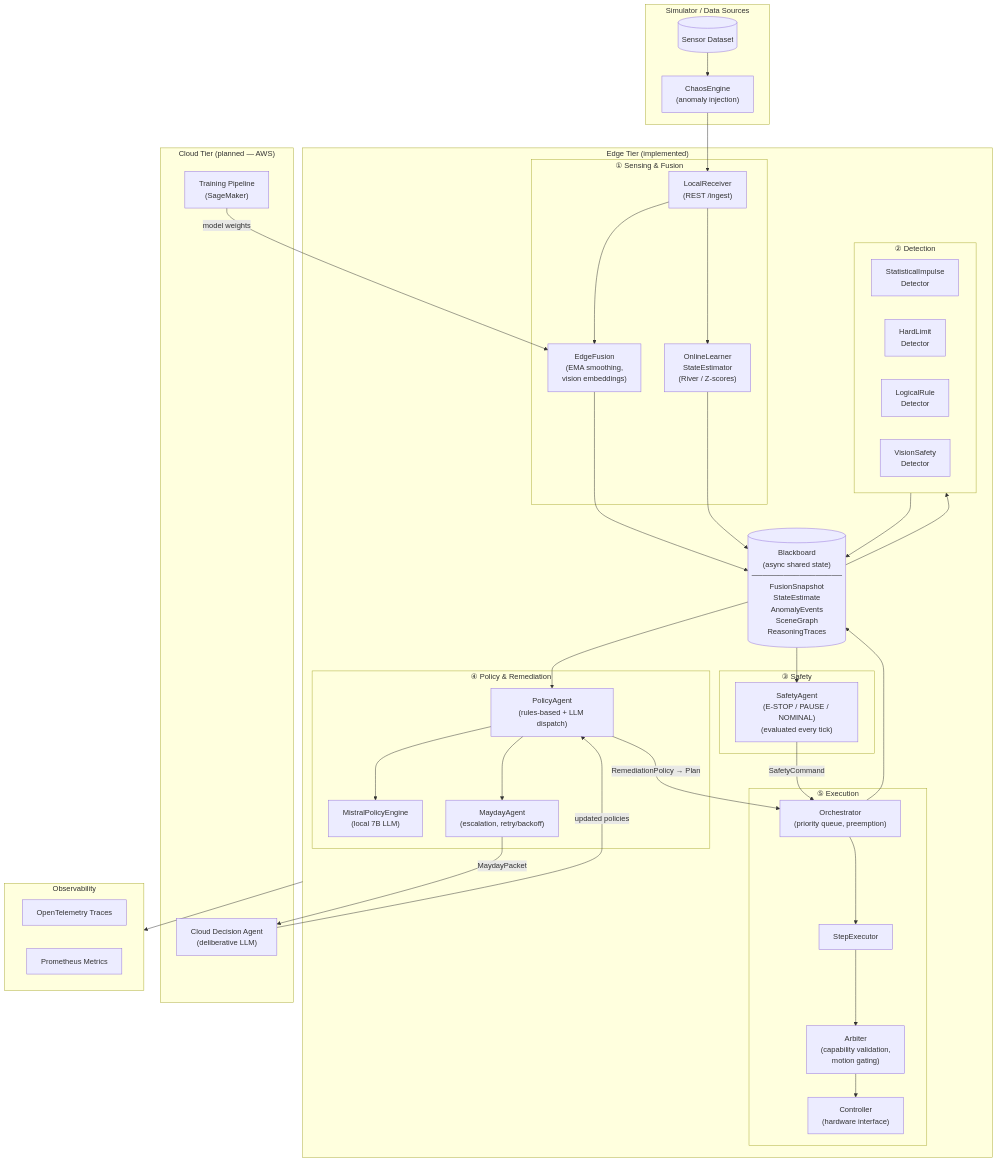
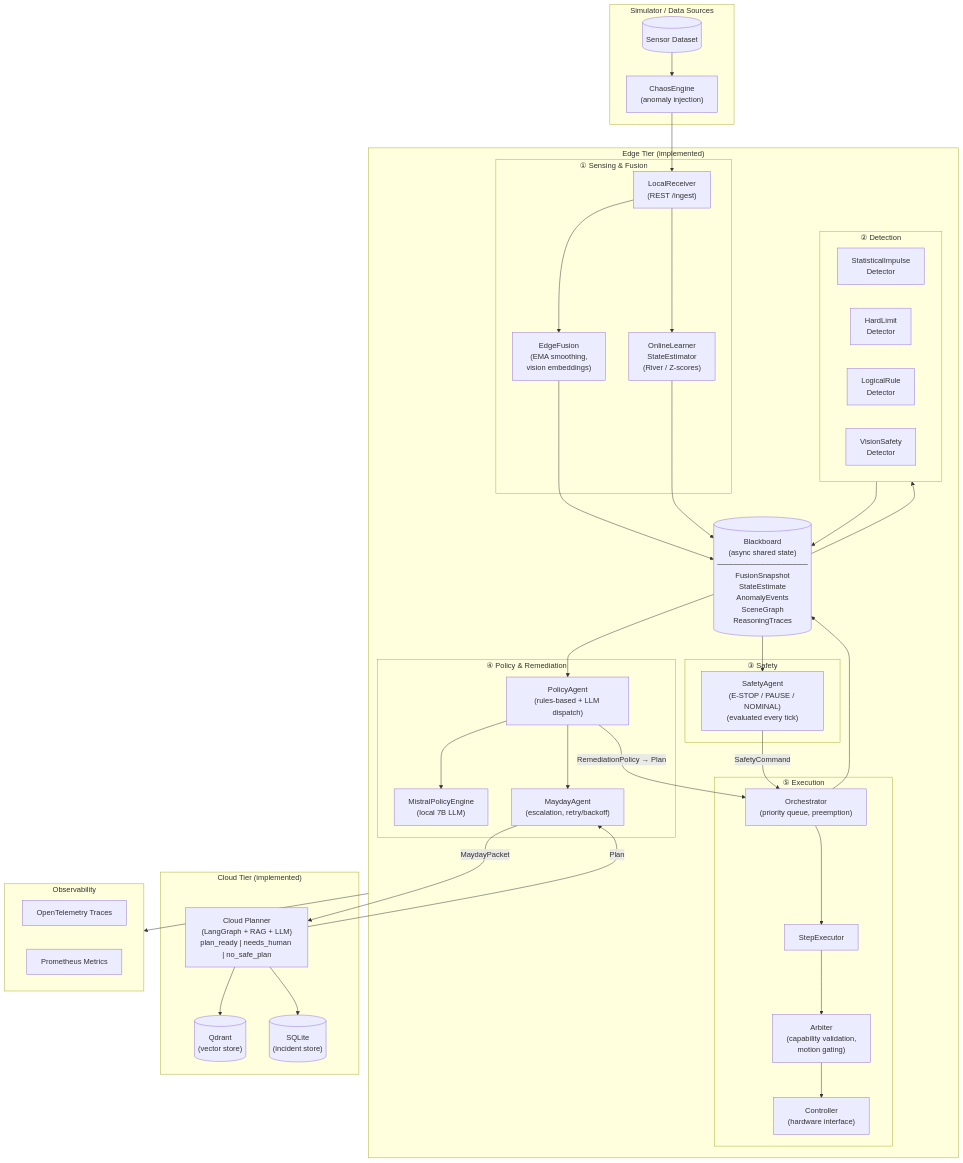
Before and after one commit to anedelkos/cortexguard: the diagram in README.md, drawn with Mermaid. The commit also changed other lines of this file and 90 other files, not shown here.

First line of the commit message:
feat(cloud): add deliberative cloud planner with LangGraph + RAG + LLM

````diff
--- a/README.md
+++ b/README.md
@@ -35,78 +34,80 @@
 ```mermaid
 flowchart TD
 
     subgraph SIM["Simulator / Data Sources"]
         DS[("Sensor Dataset")]
         CE["ChaosEngine\n(anomaly injection)"]
         DS --> CE
     end
 
     subgraph EDGE["Edge Tier (implemented)"]
 
         subgraph S1["① Sensing & Fusion"]
             RCV["LocalReceiver\n(REST /ingest)"]
             EF["EdgeFusion\n(EMA smoothing,\nvision embeddings)"]
             OLLE["OnlineLearner\nStateEstimator\n(River / Z-scores)"]
             RCV --> EF
             RCV --> OLLE
         end
 
         BB[("Blackboard\n(async shared state)\n─────────────────\nFusionSnapshot\nStateEstimate\nAnomalyEvents\nSceneGraph\nReasoningTraces")]
 
         subgraph S2["② Detection"]
             SID["StatisticalImpulse\nDetector"]
             HLD["HardLimit\nDetector"]
             LRD["LogicalRule\nDetector"]
             VSD["VisionSafety\nDetector"]
         end
 
         subgraph S3["③ Safety"]
             SA["SafetyAgent\n(E-STOP / PAUSE / NOMINAL)\n(evaluated every tick)"]
         end
 
         subgraph S4["④ Policy & Remediation"]
             PA["PolicyAgent\n(rules-based + LLM dispatch)"]
             MPE["MistralPolicyEngine\n(local 7B LLM)"]
             MA["MaydayAgent\n(escalation, retry/backoff)"]
             PA --> MPE
         end
 
         subgraph S5["⑤ Execution"]
             ORC["Orchestrator\n(priority queue, preemption)"]
             SE["StepExecutor"]
             ARB["Arbiter\n(capability validation,\nmotion gating)"]
             CTRL["Controller\n(hardware interface)"]
             ORC --> SE --> ARB --> CTRL
         end
 
         CE --> RCV
         EF --> BB
         OLLE --> BB
 
         BB --> S2
         S2 --> BB
 
         BB --> SA
         BB --> PA
         PA -->|RemediationPolicy → Plan| ORC
         PA --> MA
         SA -->|SafetyCommand| ORC
         ORC --> BB
     end
 
-    subgraph CLOUD["Cloud Tier (planned — AWS)"]
-        CDA["Cloud Decision Agent\n(deliberative LLM)"]
-        TRN["Training Pipeline\n(SageMaker)"]
+    subgraph CLOUD["Cloud Tier (implemented)"]
+        CDA["Cloud Planner\n(LangGraph + RAG + LLM)\nplan_ready | needs_human | no_safe_plan"]
+        QDR[("Qdrant\n(vector store)")]
+        DB[("SQLite\n(incident store)")]
+        CDA --> QDR
+        CDA --> DB
     end
 
     MA -->|MaydayPacket| CDA
-    CDA -->|updated policies| PA
-    TRN -->|model weights| EF
+    CDA -->|Plan| MA
 
     subgraph OBS["Observability"]
         OTEL["OpenTelemetry Traces"]
         PROM["Prometheus Metrics"]
     end
 
     EDGE --> OBS
 ```
````
